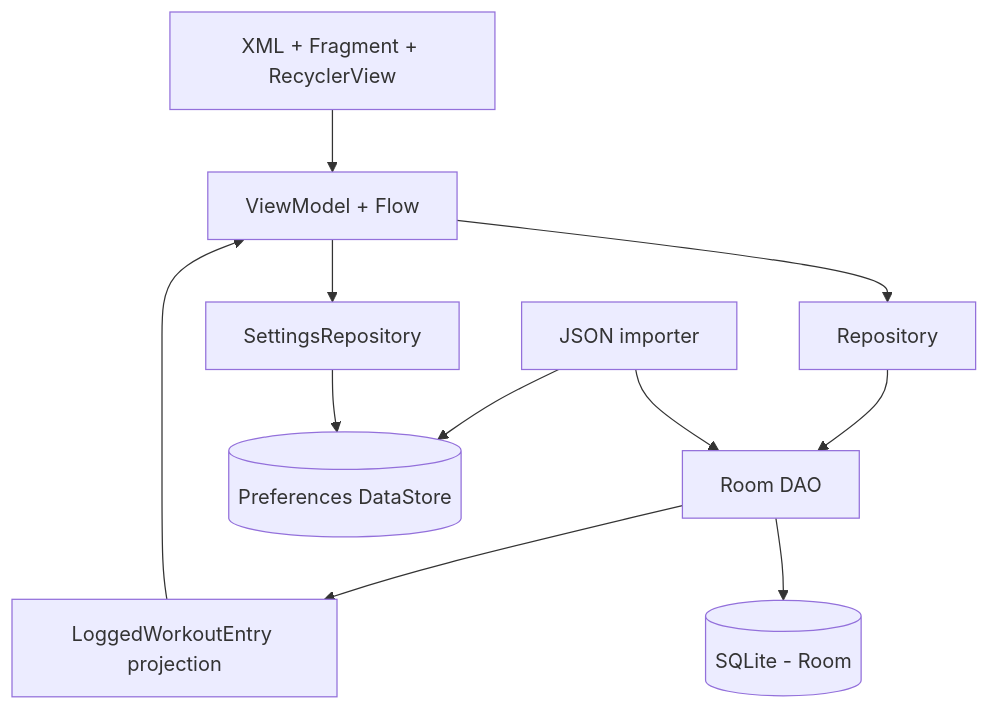
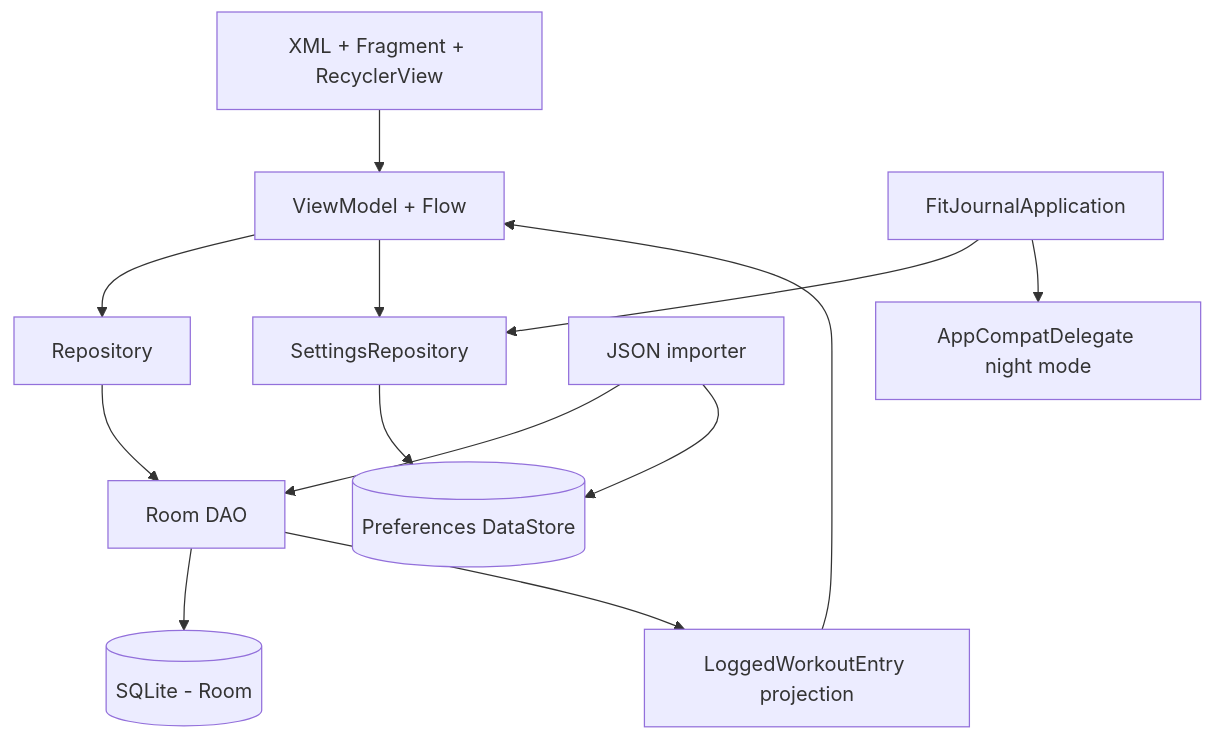
One commit to jefsaber/FitJournal changed the first of 2 diagrams in docs/architecture.md. Above: the diagram before and after it, drawn with Mermaid. The commit also changed other lines of this file and 1 other file, not shown here.

````diff
--- a/docs/architecture.md
+++ b/docs/architecture.md
@@ -3,13 +3,15 @@
 ```mermaid
 flowchart TD
   UI[XML + Fragment + RecyclerView] --> VM[ViewModel + Flow]
   VM --> R[Repository]
   R --> DAO[Room DAO]
   DAO --> DB[(SQLite - Room)]
   DAO --> JOIN[LoggedWorkoutEntry projection]
   JOIN --> VM
   VM --> P[SettingsRepository]
   P --> DS[(Preferences DataStore)]
   IMP[JSON importer] --> DAO
   IMP --> DS
+  APP[FitJournalApplication] --> P
+  APP --> NM[AppCompatDelegate night mode]
 ```
````
